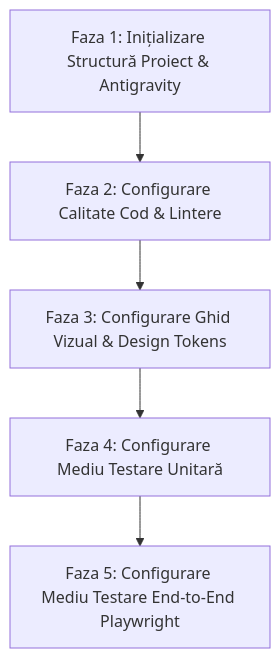
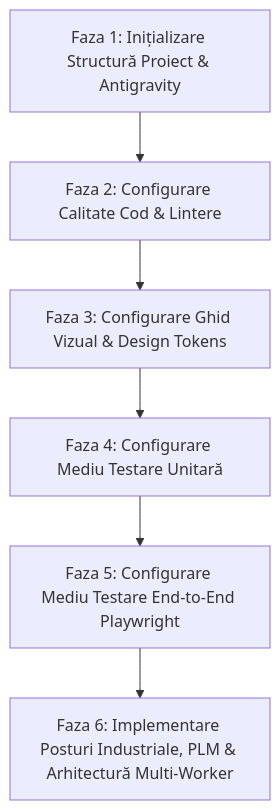
Before and after one commit to sebiseba2022/SmartQMA: the diagram in docs/ACTION_PLAN.md, drawn with Mermaid. The commit also changed other lines of this file and 3 other files, not shown here.

Commit message:
docs: add technical documentation for industrial stations, PLM, and architecture

````diff
--- a/docs/ACTION_PLAN.md
+++ b/docs/ACTION_PLAN.md
@@ -21,7 +21,8 @@
 ```mermaid
 flowchart TD
     F1[Faza 1: Inițializare Structură Proiect & Antigravity] --> F2[Faza 2: Configurare Calitate Cod & Lintere]
     F2 --> F3[Faza 3: Configurare Ghid Vizual & Design Tokens]
     F3 --> F4[Faza 4: Configurare Mediu Testare Unitară]
     F4 --> F5[Faza 5: Configurare Mediu Testare End-to-End Playwright]
+    F5 --> F6[Faza 6: Implementare Posturi Industriale, PLM & Arhitectură Multi-Worker]
 ```
````
